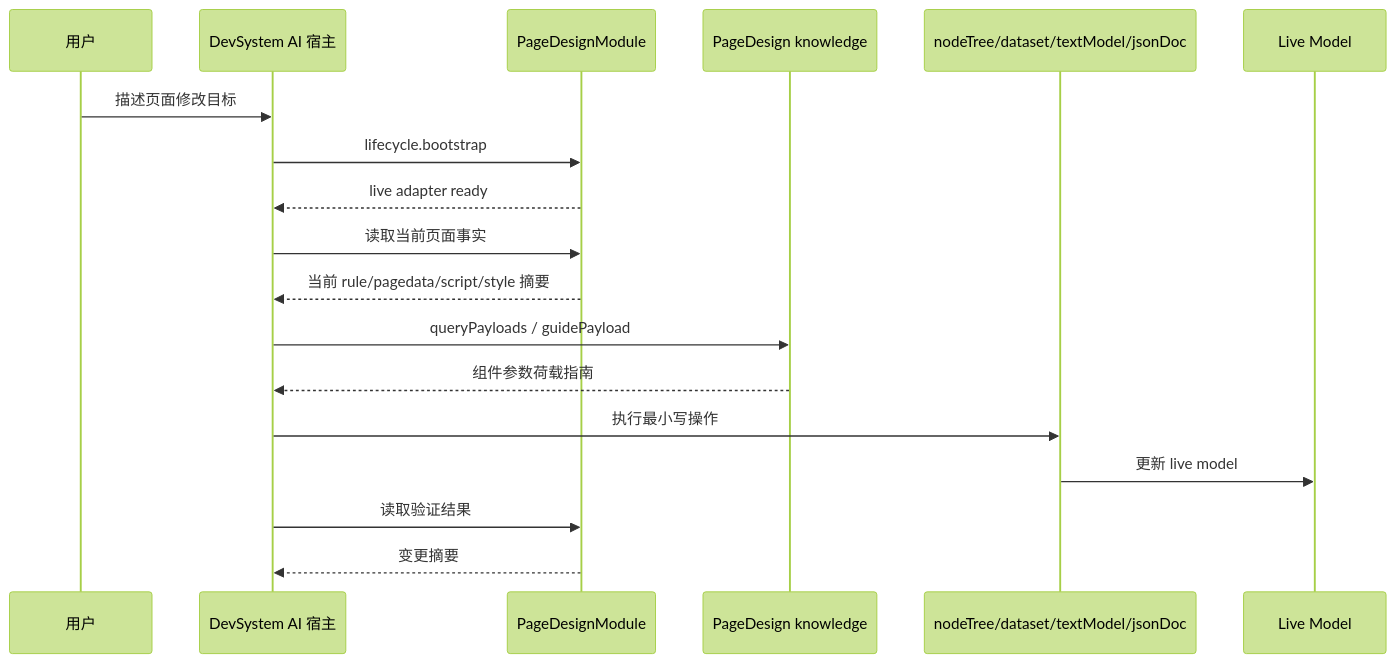
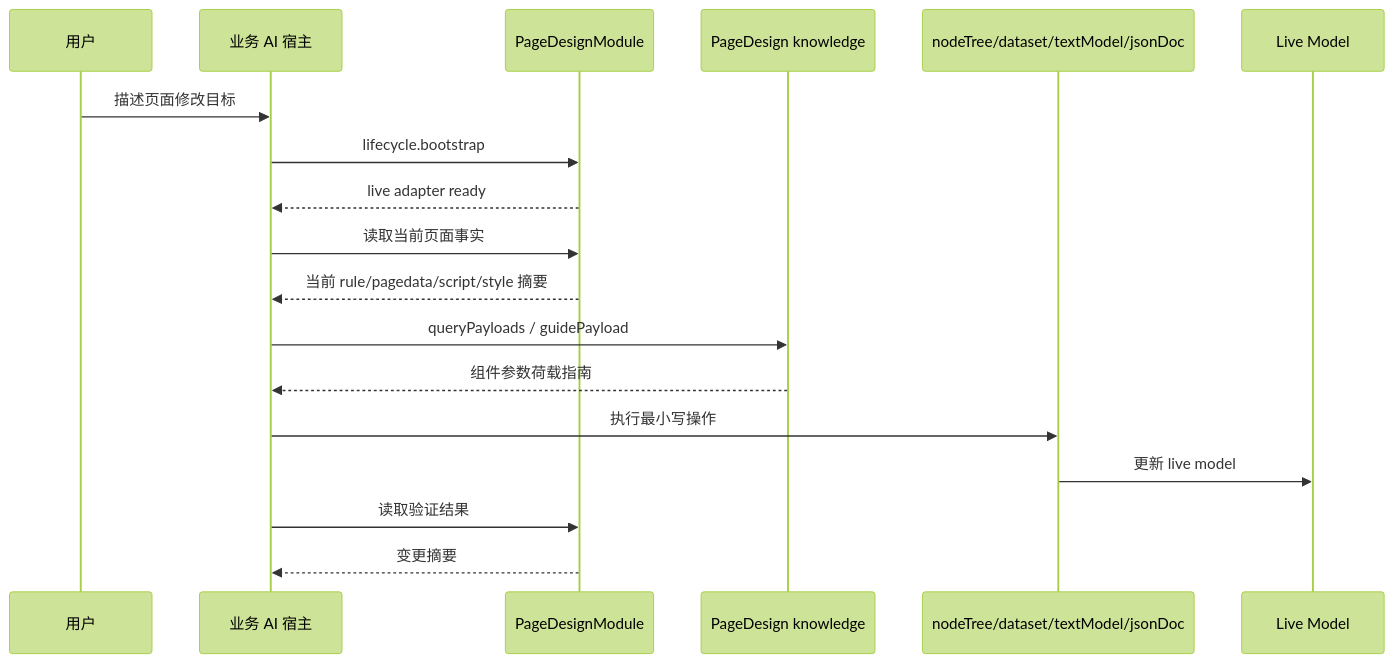
Before and after one commit to LMSpark/spark-view-vue: the diagram in docs/blog-series/15-page-design-ai-implementation-path.md, drawn with Mermaid (forest theme). The commit also changed other lines of this file and 35 other files, not shown here.

````diff
--- a/docs/blog-series/15-page-design-ai-implementation-path.md
+++ b/docs/blog-series/15-page-design-ai-implementation-path.md
@@ -39,21 +39,21 @@
 ```mermaid
 sequenceDiagram
   participant U as 用户
-  participant H as DevSystem AI 宿主
+  participant H as 业务 AI 宿主
   participant P as PageDesignModule
   participant K as PageDesign knowledge
   participant N as nodeTree/dataset/textModel/jsonDoc
   participant L as Live Model
 
   U->>H: 描述页面修改目标
   H->>P: lifecycle.bootstrap
   P-->>H: live adapter ready
   H->>P: 读取当前页面事实
   P-->>H: 当前 rule/pagedata/script/style 摘要
   H->>K: queryPayloads / guidePayload
   K-->>H: 组件参数荷载指南
   H->>N: 执行最小写操作
   N->>L: 更新 live model
   H->>P: 读取验证结果
   P-->>H: 变更摘要
 ```
````
